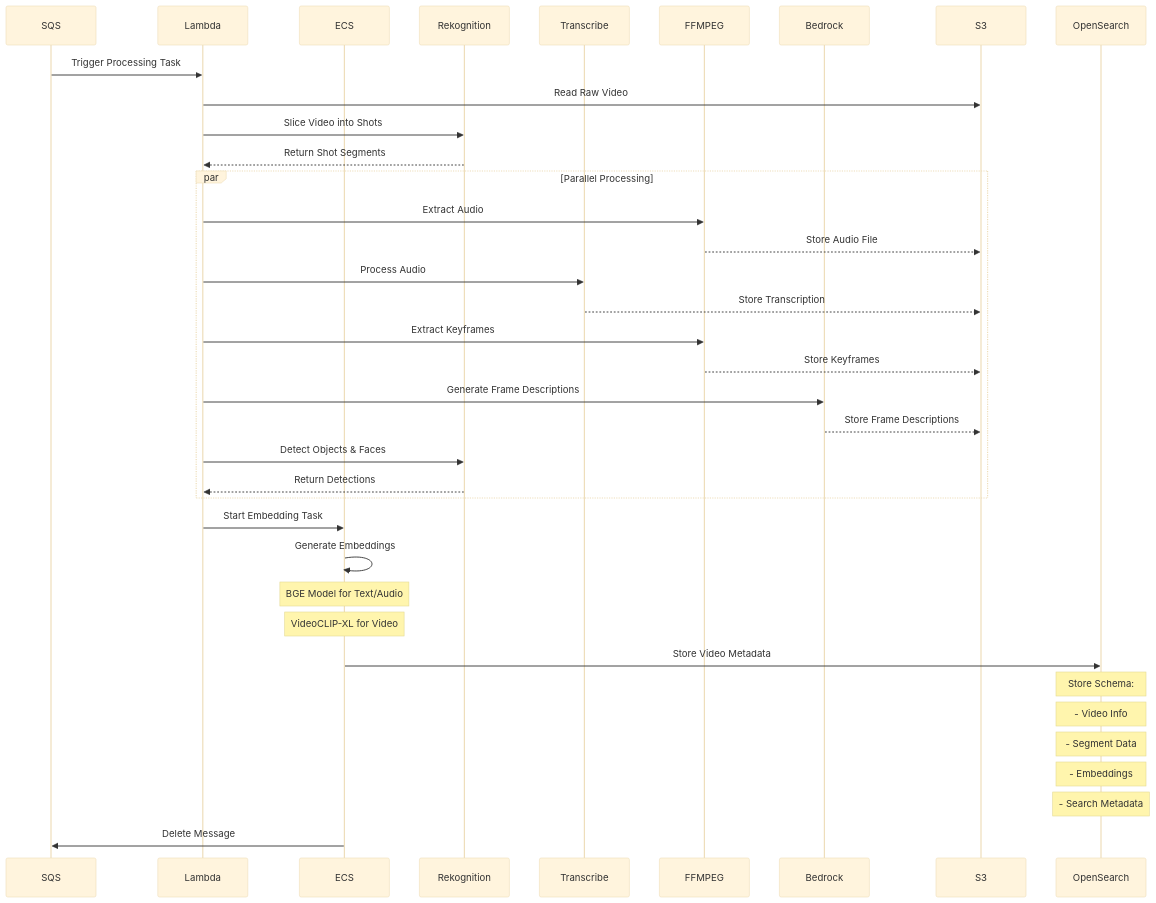
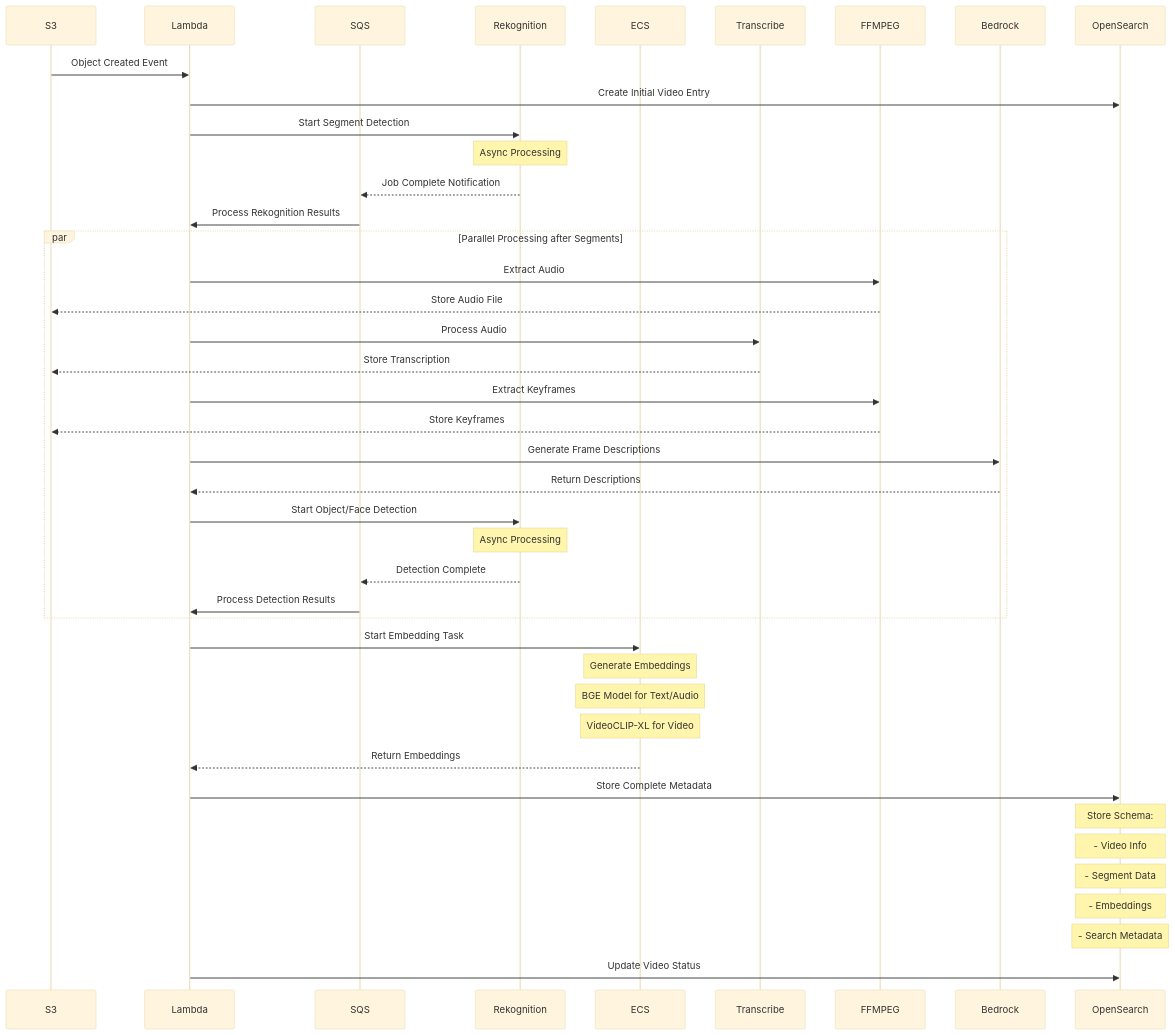
The fourth of 7 diagrams in README.md (yike5460/shortvideo-online), drawn with Mermaid (base theme) before and after one commit. The commit also changed other lines of this file and 5 other files, not shown here.

Commit message:
fix: add vpc and redis endpoint for slice lambda

````diff
--- a/README.md
+++ b/README.md
@@ -381,53 +381,59 @@
 ```mermaid
 sequenceDiagram
+    participant S3
+    participant Lambda
     participant SQS
-    participant Lambda
+    participant Rekognition
     participant ECS
-    participant Rekognition
     participant Transcribe
     participant FFMPEG
     participant Bedrock
-    participant S3
     participant OpenSearch
 
-    SQS->>Lambda: Trigger Processing Task
-    Lambda->>S3: Read Raw Video
+    %% Initial S3 Event Trigger
+    S3->>Lambda: Object Created Event
+    Lambda->>OpenSearch: Create Initial Video Entry
     
-    %% Video Shot Detection and Metadata Extraction
-    Lambda->>Rekognition: Slice Video into Shots
-    Rekognition-->>Lambda: Return Shot Segments
+    %% Start Rekognition Jobs
+    Lambda->>Rekognition: Start Segment Detection
+    Note over Rekognition: Async Processing
+    Rekognition-->>SQS: Job Complete Notification
+    SQS->>Lambda: Process Rekognition Results
     
-    par Parallel Processing
+    par Parallel Processing after Segments
         %% Audio Processing
         Lambda->>FFMPEG: Extract Audio
         FFMPEG-->>S3: Store Audio File
         Lambda->>Transcribe: Process Audio
         Transcribe-->>S3: Store Transcription
         
         %% Visual Processing
         Lambda->>FFMPEG: Extract Keyframes
         FFMPEG-->>S3: Store Keyframes
         Lambda->>Bedrock: Generate Frame Descriptions
-        Bedrock-->>S3: Store Frame Descriptions
+        Bedrock-->>Lambda: Return Descriptions
         
         %% Object & Face Detection
-        Lambda->>Rekognition: Detect Objects & Faces
-        Rekognition-->>Lambda: Return Detections
+        Lambda->>Rekognition: Start Object/Face Detection
+        Note over Rekognition: Async Processing
+        Rekognition-->>SQS: Detection Complete
+        SQS->>Lambda: Process Detection Results
     end
 
     %% Embedding Generation
     Lambda->>ECS: Start Embedding Task
-    ECS->>ECS: Generate Embeddings
+    Note over ECS: Generate Embeddings
         note over ECS: BGE Model for Text/Audio
         note over ECS: VideoCLIP-XL for Video
+    ECS-->>Lambda: Return Embeddings
     
     %% Final Processing
-    ECS->>OpenSearch: Store Video Metadata
+    Lambda->>OpenSearch: Store Complete Metadata
         note over OpenSearch: Store Schema:
         note over OpenSearch: - Video Info
         note over OpenSearch: - Segment Data
         note over OpenSearch: - Embeddings
         note over OpenSearch: - Search Metadata
     
-    ECS->>SQS: Delete Message
+    Lambda->>OpenSearch: Update Video Status
 ```
````
